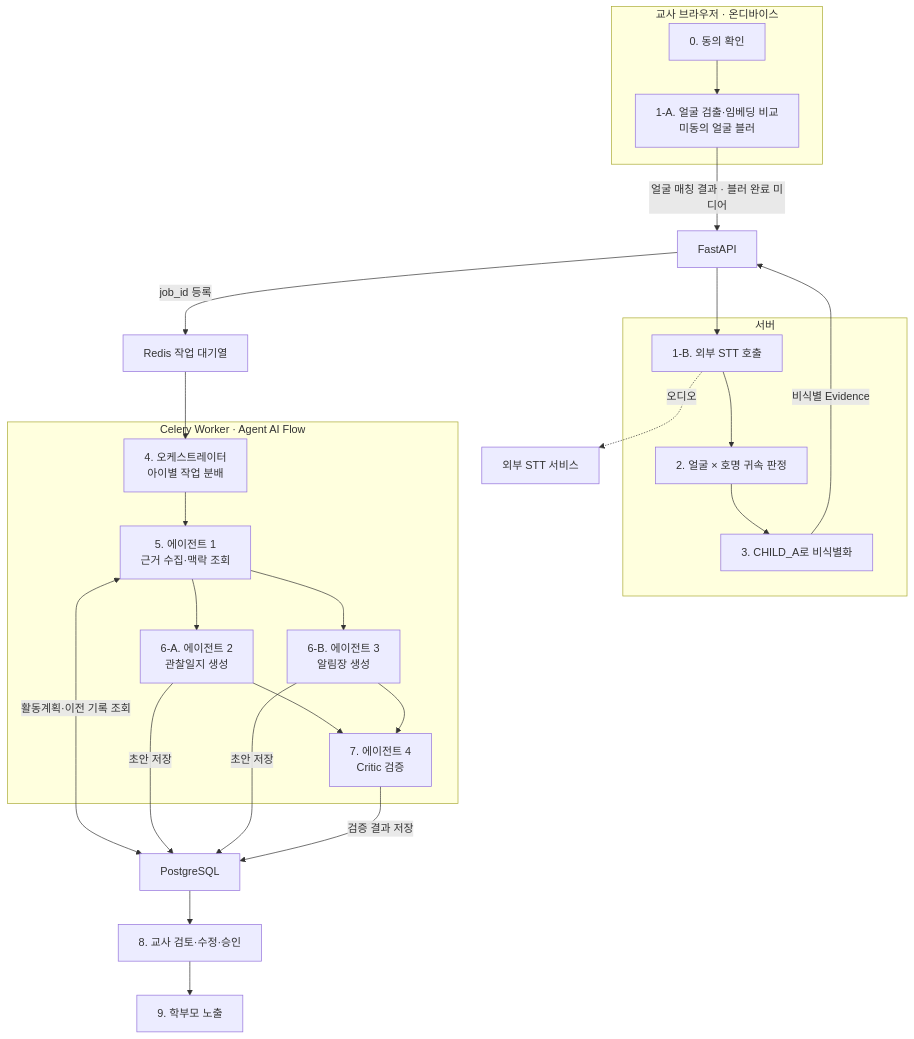
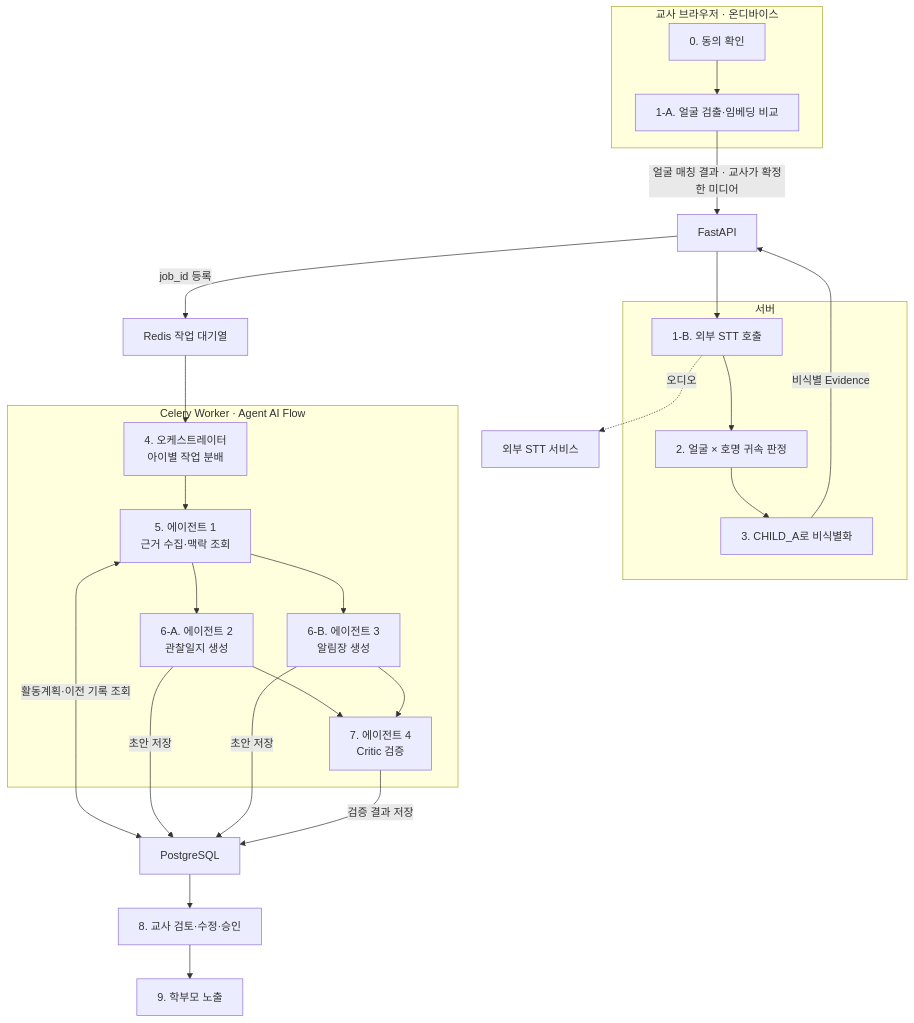
One commit to kakaotechcampus-4/ktc4-chungnam-4 changed the eighth of 8 diagrams in docs/테크스펙.md. Above: the diagram before and after it, drawn with Mermaid. The commit also changed other lines of this file and 7 other files, not shown here.

````diff
--- a/docs/테크스펙.md
+++ b/docs/테크스펙.md
@@ -1157,51 +1162,51 @@
 ```mermaid
 flowchart TB
     subgraph DEVICE["교사 브라우저 · 온디바이스"]
         CONSENT["0. 동의 확인"]
-        FACE["1-A. 얼굴 검출·임베딩 비교<br/>미동의 얼굴 블러"]
+        FACE["1-A. 얼굴 검출·임베딩 비교"]
 
         CONSENT --> FACE
     end
 
-    FACE -->|"얼굴 매칭 결과 · 블러 완료 미디어"| API["FastAPI"]
+    FACE -->|"얼굴 매칭 결과 · 교사가 확정한 미디어"| API["FastAPI"]
 
     subgraph SERVER["서버"]
         STT["1-B. 외부 STT 호출"]
         MATCH["2. 얼굴 × 호명 귀속 판정"]
         ANON["3. CHILD_A로 비식별화"]
 
         STT --> MATCH
         MATCH --> ANON
     end
 
     API --> STT
     STT -.->|"오디오"| EXTSTT["외부 STT 서비스"]
     ANON -->|"비식별 Evidence"| API
 
     API -->|"job_id 등록"| REDIS["Redis 작업 대기열"]
 
     subgraph WORKER["Celery Worker · Agent AI Flow"]
         ORCH["4. 오케스트레이터<br/>아이별 작업 분배"]
         AGENT1["5. 에이전트 1<br/>근거 수집·맥락 조회"]
         AGENT2["6-A. 에이전트 2<br/>관찰일지 생성"]
         AGENT3["6-B. 에이전트 3<br/>알림장 생성"]
         CRITIC["7. 에이전트 4<br/>Critic 검증"]
 
         ORCH --> AGENT1
         AGENT1 --> AGENT2
         AGENT1 --> AGENT3
         AGENT2 --> CRITIC
         AGENT3 --> CRITIC
     end
 
     REDIS --> ORCH
 
     AGENT1 <-->|"활동계획·이전 기록 조회"| DB["PostgreSQL"]
     AGENT2 -->|"초안 저장"| DB
     AGENT3 -->|"초안 저장"| DB
     CRITIC -->|"검증 결과 저장"| DB
 
     DB --> REVIEW["8. 교사 검토·수정·승인"]
     REVIEW --> PUBLISH["9. 학부모 노출"]
     
 ```
````
